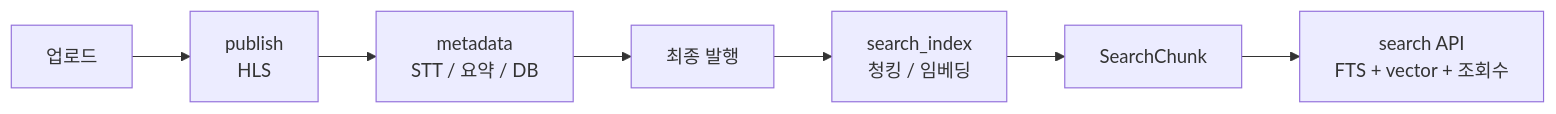
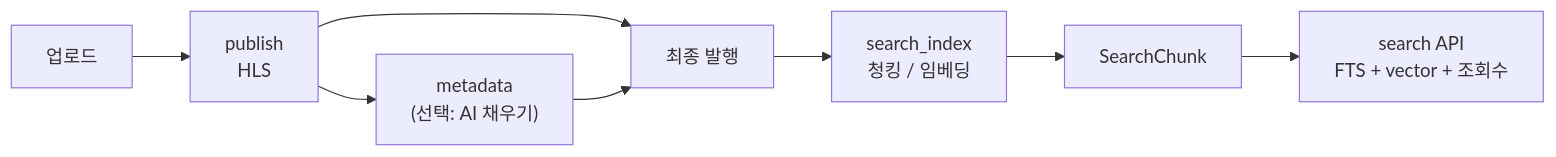
Before and after one commit to DSeung001/dseung001.github.io: the seventh of 7 diagrams in content/posts/2026/08/07/class-s-hybrid-search/index.md, drawn with Mermaid. The commit also changed other lines of this file, not shown here.

````diff
--- a/content/posts/2026/08/07/class-s-hybrid-search/index.md
+++ b/content/posts/2026/08/07/class-s-hybrid-search/index.md
@@ -515,9 +515,10 @@
 ```mermaid
 flowchart LR
   A["업로드"] --> B["publish<br/>HLS"]
-  B --> C["metadata<br/>STT / 요약 / DB"]
-  C --> D["최종 발행"]
+  B --> C["metadata<br/>(선택: AI 채우기)"]
+  B --> D["최종 발행"]
+  C --> D
   D --> E["search_index<br/>청킹 / 임베딩"]
   E --> F["SearchChunk"]
   F --> G["search API<br/>FTS + vector + 조회수"]
 ```
````
